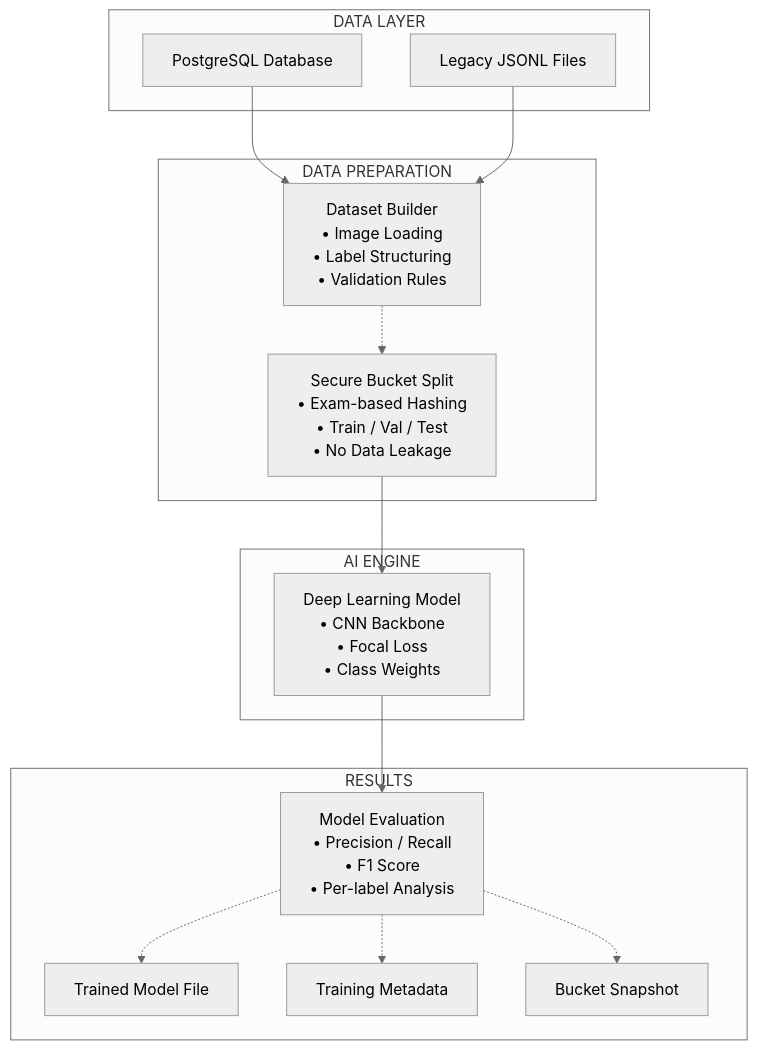
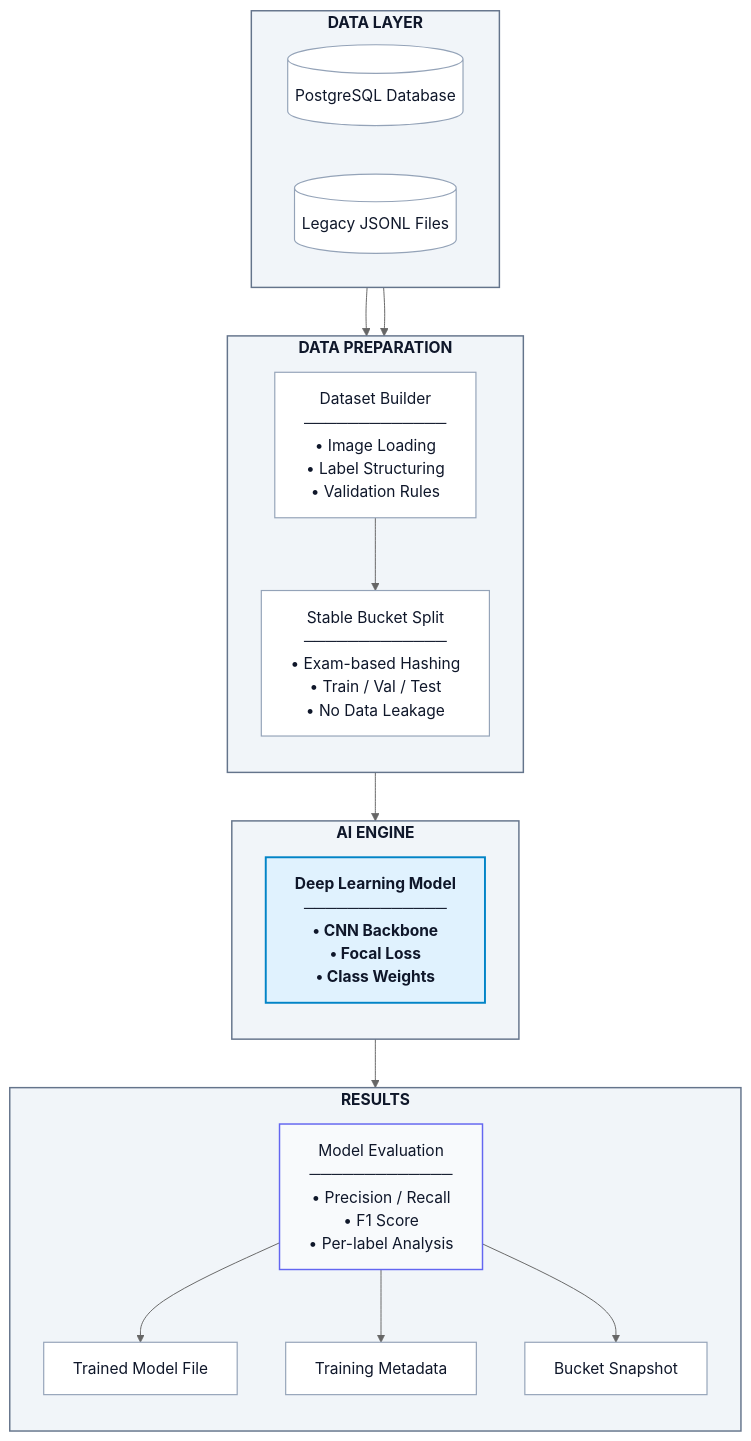
One commit to wg-lux/lx-ai changed the diagram in diagram/lx_ai_layered_system_view.mmd. Above: the diagram before and after it, drawn with Mermaid (neutral theme). The commit also changed 7 other files, not shown here.

```diff
--- a/diagram/lx_ai_layered_system_view.mmd
+++ b/diagram/lx_ai_layered_system_view.mmd
@@ -1,45 +1,88 @@
-flowchart TB
+flowchart TD
+    %% =========================
+    %% STYLE DEFINITIONS
+    %% =========================
+    classDef layer fill:#f1f5f9,stroke:#64748b,stroke-width:1.5px,color:#0f172a,font-weight:bold
+    classDef box fill:#ffffff,stroke:#94a3b8,stroke-width:1.2px,color:#0f172a
+    classDef highlight fill:#e0f2fe,stroke:#0284c7,stroke-width:2px,color:#0f172a,font-weight:bold
+    classDef result fill:#f8fafc,stroke:#6366f1,stroke-width:1.5px,color:#0f172a
 
-%% ---------------------------
-%% DATA LAYER
-%% ---------------------------
-subgraph DATA LAYER
-A1[PostgreSQL Database]
-A2[Legacy JSONL Files]
-end
+    %% =========================
+    %% DATA LAYER
+    %% =========================
+    subgraph DL[DATA LAYER]
+        direction LR
+        DB[(PostgreSQL Database)]
+        JSON[(Legacy JSONL Files)]
+    end
+    class DL layer
+    class DB,JSON box
 
-%% ---------------------------
-%% PREPARATION LAYER
-%% ---------------------------
-subgraph DATA PREPARATION
-B[Dataset Builder<br/>• Image Loading<br/>• Label Structuring<br/>• Validation Rules]
-C[Secure Bucket Split<br/>• Exam-based Hashing<br/>• Train / Val / Test<br/>• No Data Leakage]
-end
+    %% =========================
+    %% DATA PREPARATION
+    %% =========================
+    subgraph DP[DATA PREPARATION]
+        direction TB
+        
+        BUILDER["Dataset Builder
+        ─────────────
+        • Image Loading
+        • Label Structuring
+        • Validation Rules"]
 
-%% ---------------------------
-%% AI CORE
-%% ---------------------------
-subgraph AI ENGINE
-D[Deep Learning Model<br/>• CNN Backbone<br/>• Focal Loss<br/>• Class Weights]
-end
+        BUCKET["Stable Bucket Split
+        ─────────────
+        • Exam-based Hashing
+        • Train / Val / Test
+        • No Data Leakage"]
+    end
+    class DP layer
+    class BUILDER,BUCKET box
 
-%% ---------------------------
-%% RESULTS LAYER
-%% ---------------------------
-subgraph RESULTS
-E[Model Evaluation<br/>• Precision / Recall<br/>• F1 Score<br/>• Per-label Analysis]
+    %% =========================
+    %% AI ENGINE
+    %% =========================
+    subgraph AI[AI ENGINE]
+        direction TB
+        
+        MODEL["Deep Learning Model
+        ─────────────
+        • CNN Backbone
+        • Focal Loss
+        • Class Weights"]
+    end
+    class AI layer
+    class MODEL highlight
 
-F1[Trained Model File]
-F2[Training Metadata]
-F3[Bucket Snapshot]
-end
+    %% =========================
+    %% RESULTS
+    %% =========================
+    subgraph RS[RESULTS]
+        direction TB
+        
+        EVAL["Model Evaluation
+        ─────────────
+        • Precision / Recall
+        • F1 Score
+        • Per-label Analysis"]
 
-%% FLOW
-A1 --> B
-A2 --> B
-B -.-> C
-C --> D
-D --> E
-E -.-> F1
-E -.-> F2
-E -.-> F3
+        MODELFILE["Trained Model File"]
+        META["Training Metadata"]
+        SNAPSHOT["Bucket Snapshot"]
+    end
+    class RS layer
+    class EVAL result
+    class MODELFILE,META,SNAPSHOT box
+
+    %% =========================
+    %% FLOW CONNECTIONS
+    %% =========================
+    DB --> BUILDER
+    JSON --> BUILDER
+    BUILDER --> BUCKET
+    BUCKET --> MODEL
+    MODEL --> EVAL
+
+    EVAL --> MODELFILE
+    EVAL --> META
+    EVAL --> SNAPSHOT
```
